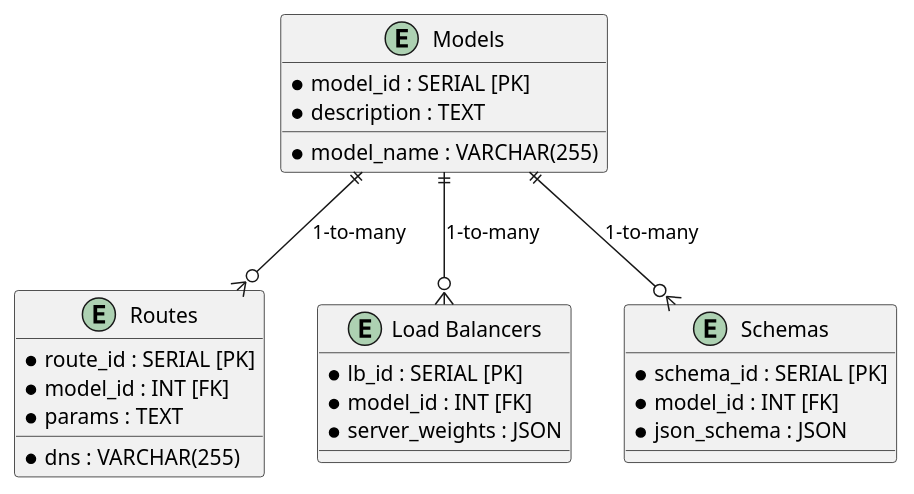
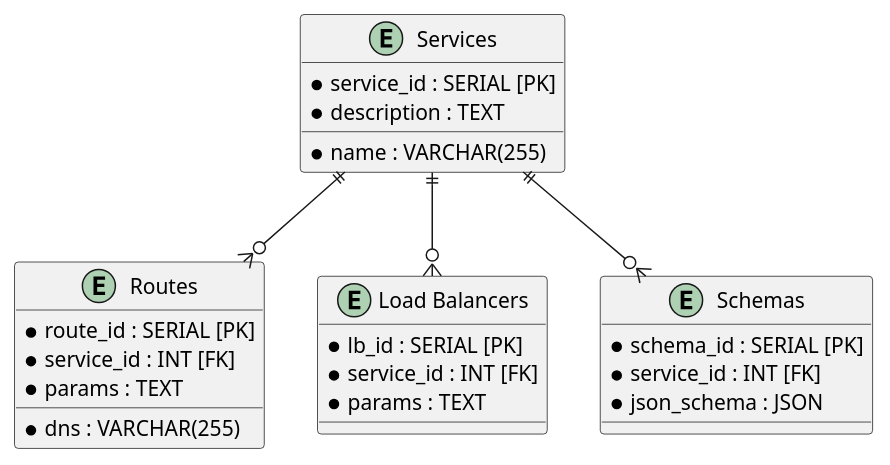
One commit to fanglores/Advanced-Software-Design changed the diagram in PracticeTasks/Module2/Task_11/RequestRouter_DB.puml. Above: the diagram before and after it, drawn with PlantUML. The commit also changed 5 other files, not shown here.

```diff
--- a/PracticeTasks/Module2/Task_11/RequestRouter_DB.puml
+++ b/PracticeTasks/Module2/Task_11/RequestRouter_DB.puml
@@ -1,30 +1,30 @@
 @startuml
-entity "Models" {
-    * model_id : SERIAL [PK]
-    * model_name : VARCHAR(255)
+entity "Services" {
+    * service_id : SERIAL [PK]
+    * name : VARCHAR(255)
     * description : TEXT
 }
 
 entity "Routes" {
     * route_id : SERIAL [PK]
-    * model_id : INT [FK]
+    * service_id : INT [FK]
     * dns : VARCHAR(255)
     * params : TEXT
 }
 
 entity "Load Balancers" as LoadBalancers {
     * lb_id : SERIAL [PK]
-    * model_id : INT [FK]
-    * server_weights : JSON
+    * service_id : INT [FK]
+    * params : TEXT
 }
 
 entity "Schemas" {
     * schema_id : SERIAL [PK]
-    * model_id : INT [FK]
+    * service_id : INT [FK]
     * json_schema : JSON
 }
 
-Models ||--o{ Routes : "1-to-many"
-Models ||--o{ LoadBalancers : "1-to-many"
-Models ||--o{ Schemas : "1-to-many"
+Services ||--o{ Routes
+Services ||--o{ LoadBalancers
+Services ||--o{ Schemas
 @enduml
```
